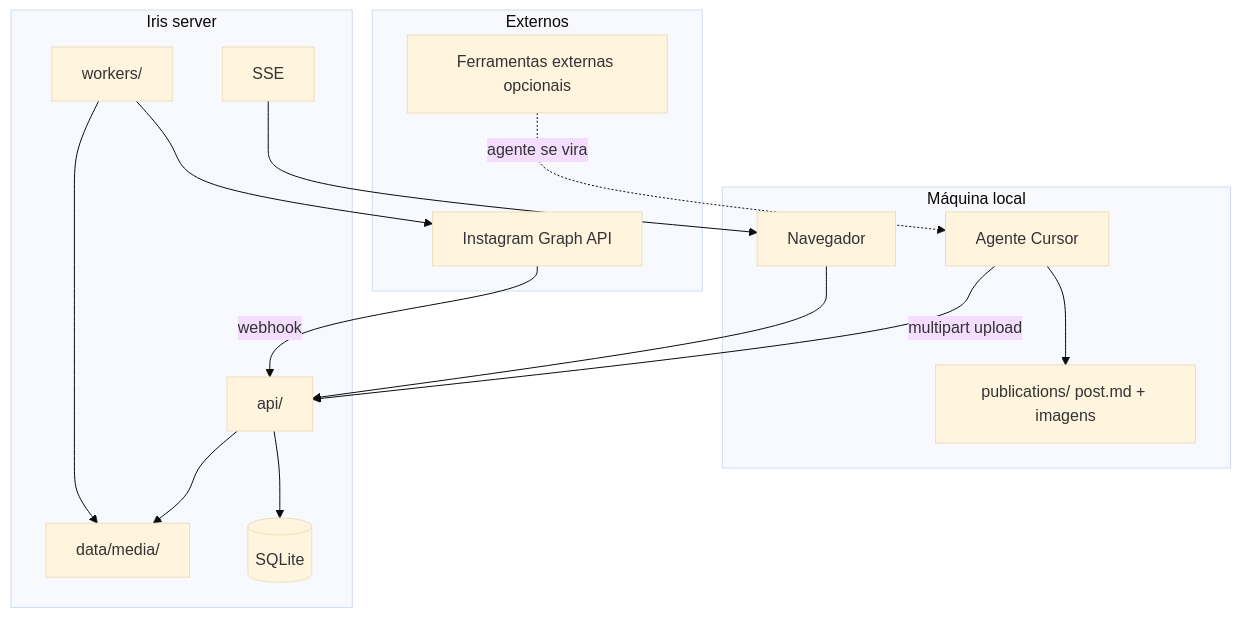
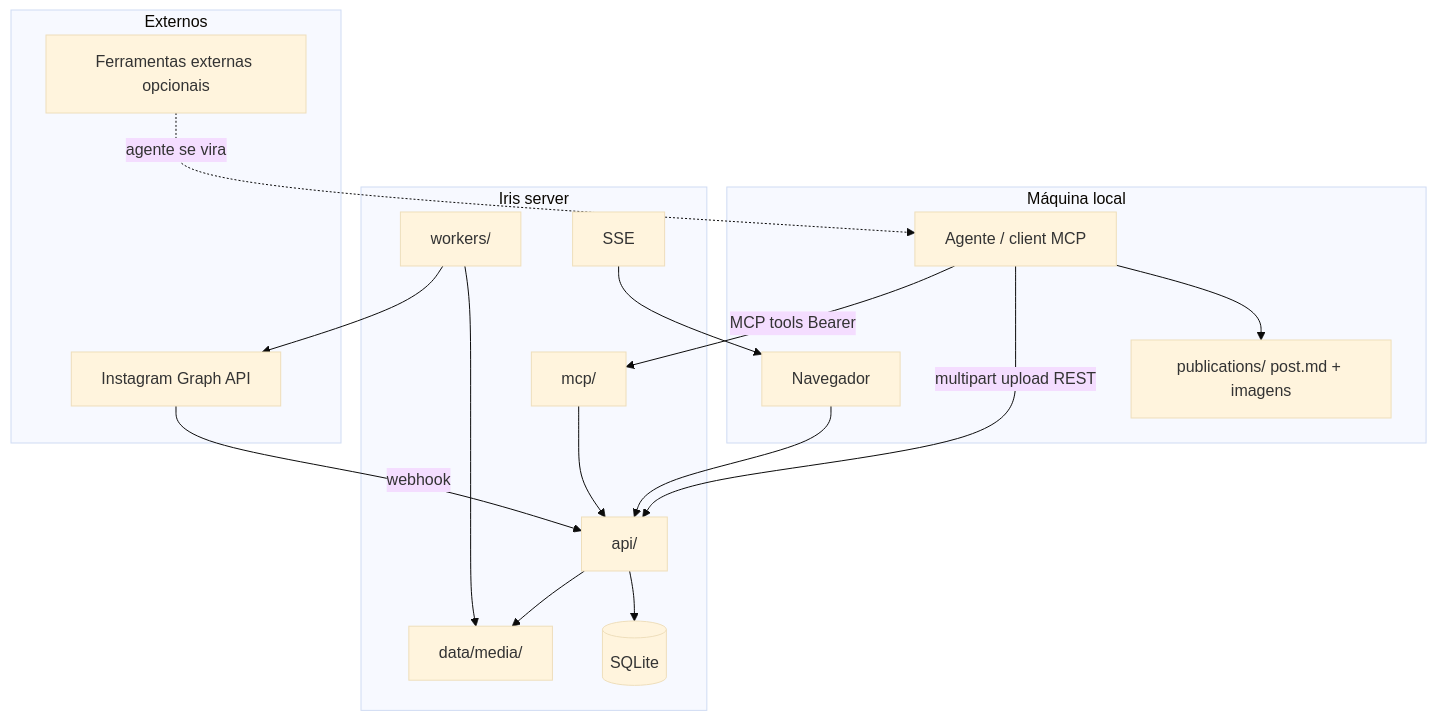
One commit to colabcolibri/iris changed the diagram in docs/05_architecture.md. Above: the diagram before and after it, drawn with Mermaid (base theme). The commit also changed other lines of this file and 65 other files, not shown here.

````diff
--- a/docs/05_architecture.md
+++ b/docs/05_architecture.md
@@ -18,32 +18,35 @@
 ```mermaid
 flowchart TB
   subgraph local ["Máquina local"]
     Browser["Navegador"]
-    Agent["Agente Cursor"]
+    Agent["Agente / client MCP"]
     PubFolder["publications/ post.md + imagens"]
   end
 
   subgraph iris ["Iris server"]
     API["api/"]
+    MCP["mcp/"]
     Media["data/media/"]
     Workers["workers/"]
     DB[("SQLite")]
     SSE["SSE"]
   end
 
   subgraph external ["Externos"]
     Meta["Instagram Graph API"]
     Ext["Ferramentas externas opcionais"]
   end
 
   Agent --> PubFolder
   Ext -.->|agente se vira| Agent
-  Agent -->|multipart upload| API
+  Agent -->|multipart upload REST| API
+  Agent -->|MCP tools Bearer| MCP
+  MCP --> API
   Browser --> API
   API --> DB
   API --> Media
   SSE --> Browser
   Workers --> Media
   Workers --> Meta
   Meta -->|webhook| API
 ```
````
